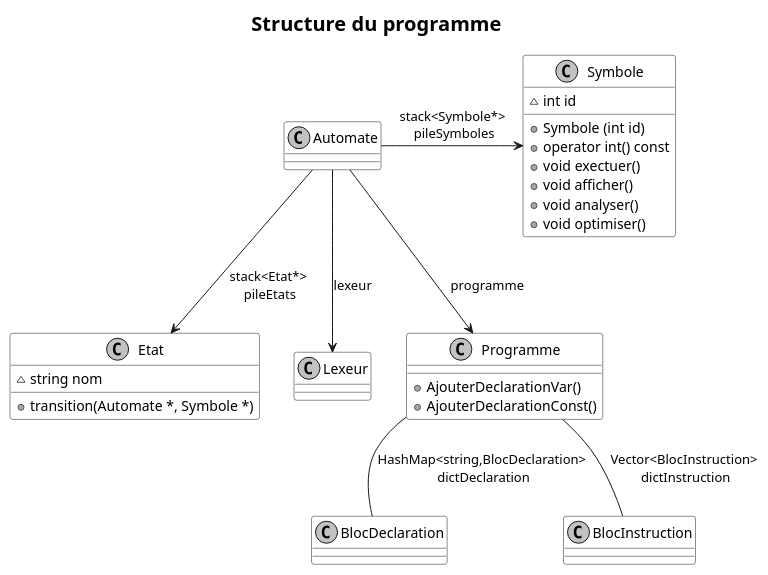
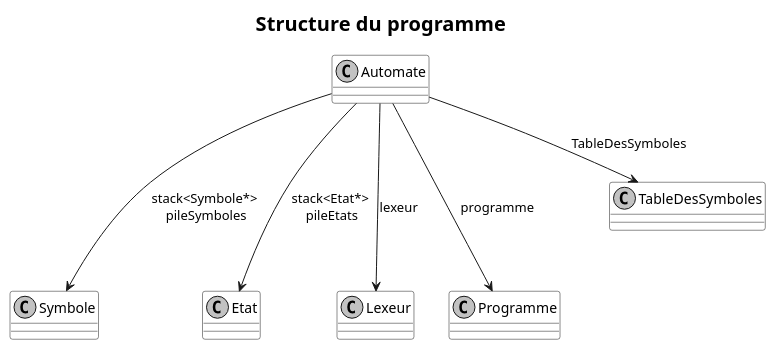
The diagram in doc/structure.puml (0xnome/lutin), drawn with PlantUML before and after one commit. The commit also changed 2 other files, not shown here.

```diff
--- a/doc/structure.puml
+++ b/doc/structure.puml
@@ -1,58 +1,47 @@
 @startuml
 skinparam monochrome true
 skinparam shadowing false
 skinparam TitleFontSize 20
 skinparam sequenceTitleFontSize 20
 skinparam sequenceTitleFontStyle plain
 
 skinparam class {
 	BackgroundColor white
 	BackgroundColor<<Warning>> lightblue
 }
 
 title Structure du programme
 
 class Symbole{
-	~int id
-	+Symbole (int id)
-	+operator int() const
-	+void exectuer()
-	+void afficher()
-	+void analyser()
-	+void optimiser()
+
 }
 
 class Automate{
 
 }
 
-Automate -> Symbole : stack<Symbole*>\n pileSymboles
-Automate --> Etat : stack<Etat*>\n pileEtats
-Automate --> Lexeur : lexeur
-Automate --> Programme : programme
+Automate ---> Symbole : stack<Symbole*>\n pileSymboles
+Automate ---> Etat : stack<Etat*>\n pileEtats
+Automate ---> Lexeur : lexeur
+Automate ---> Programme : programme
 
 class Etat{
-    ~string nom
-    +transition(Automate *, Symbole *)
+
 }
 
 class Programme{
 
- +AjouterDeclarationVar()
- +AjouterDeclarationConst()
-
 }
 
-Programme -- BlocDeclaration : HashMap<string,BlocDeclaration>\n dictDeclaration
-Programme -- BlocInstruction : Vector<BlocInstruction>\n dictInstruction
 
+class TableDesSymboles{
+}
 
-
-
+Automate --> TableDesSymboles : TableDesSymboles
 
 
 class Lexeur{
 
 }
 
 @enduml
```
